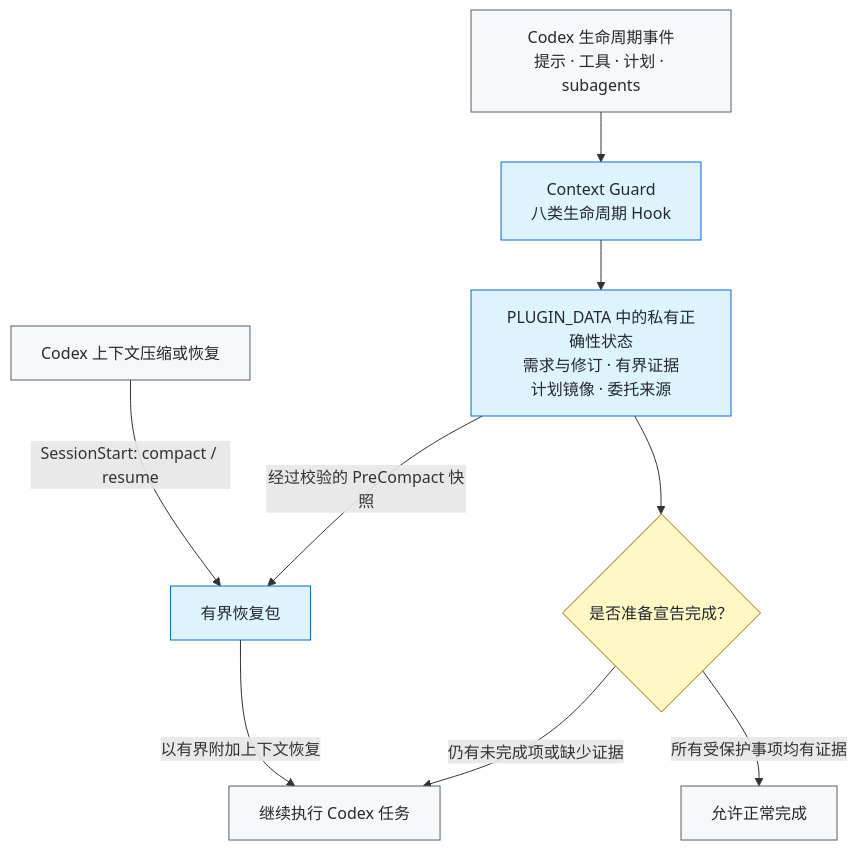
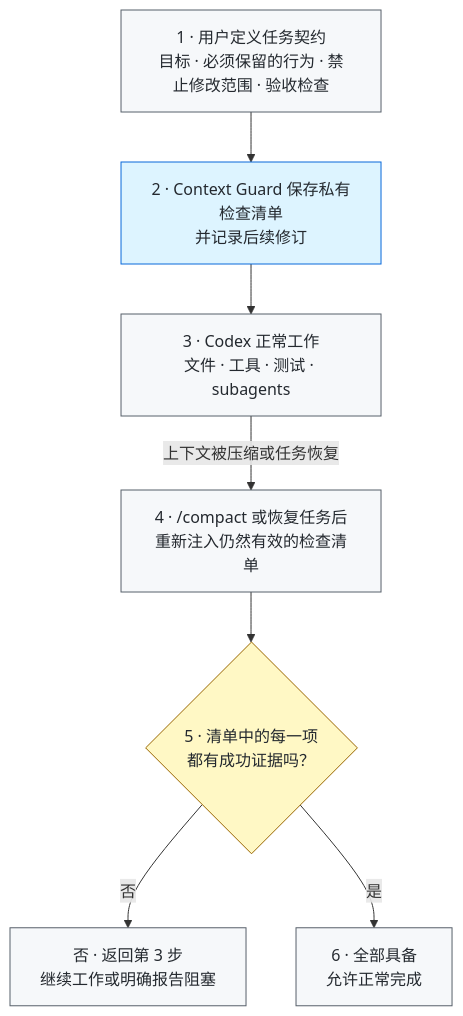
The diagram in README.zh-CN.md (GreenLv/codex-context-guard), drawn with Mermaid before and after one commit. The commit also changed other lines of this file and 3 other files, not shown here.

Commit message:
docs: make the Context Guard flow concrete

````diff
--- a/README.zh-CN.md
+++ b/README.zh-CN.md
@@ -47,26 +47,23 @@
 ```mermaid
 flowchart TB
-  A["Codex 生命周期事件<br/>提示 · 工具 · 计划 · subagents"]
-  H["Context Guard<br/>八类生命周期 Hook"]
-  S["PLUGIN_DATA 中的私有正确性状态<br/>需求与修订 · 有界证据<br/>计划镜像 · 委托来源"]
-  C["Codex 上下文压缩或恢复"]
-  R["有界恢复包"]
-  G{"是否准备宣告完成？"}
-  N["继续执行 Codex 任务"]
-  F["允许正常完成"]
+  A["1 · 用户定义任务契约<br/>目标 · 必须保留的行为 · 禁止修改范围 · 验收检查"]
+  B["2 · Context Guard 保存私有检查清单<br/>并记录后续修订"]
+  C["3 · Codex 正常工作<br/>文件 · 工具 · 测试 · subagents"]
+  D["4 · /compact 或恢复任务后<br/>重新注入仍然有效的检查清单"]
+  E{"5 · 清单中的每一项<br/>都有成功证据吗？"}
+  F["否 · 返回第 3 步<br/>继续工作或明确报告阻塞"]
+  G["6 · 全部具备<br/>允许正常完成"]
 
-  A --> H --> S
-  C -->|"SessionStart: compact / resume"| R
-  S -->|"经过校验的 PreCompact 快照"| R
-  R -->|"以有界附加上下文恢复"| N
-  S --> G
-  G -->|"仍有未完成项或缺少证据"| N
-  G -->|"所有受保护事项均有证据"| F
+  A --> B --> C
+  C -->|"上下文被压缩或任务恢复"| D
+  D --> E
+  E -->|"否"| F
+  E -->|"是"| G
 
   classDef native fill:#f6f8fa,stroke:#57606a,color:#24292f;
   classDef private fill:#ddf4ff,stroke:#0969da,color:#24292f;
   classDef decision fill:#fff8c5,stroke:#9a6700,color:#24292f;
-  class A,C,N,F native;
-  class H,S,R private;
-  class G decision;
+  class A,C,D,F,G native;
+  class B private;
+  class E decision;
 ```
````
